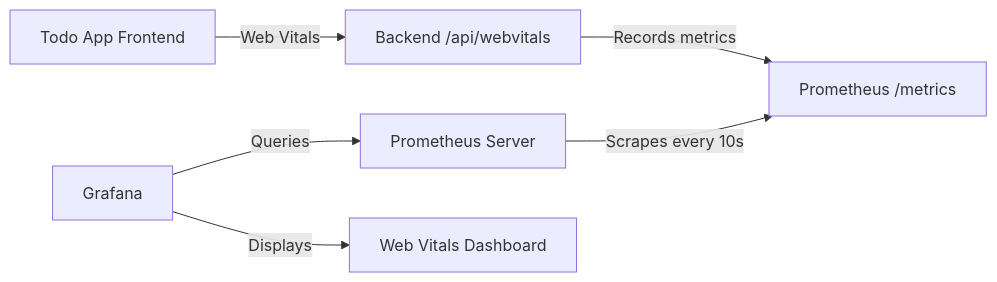
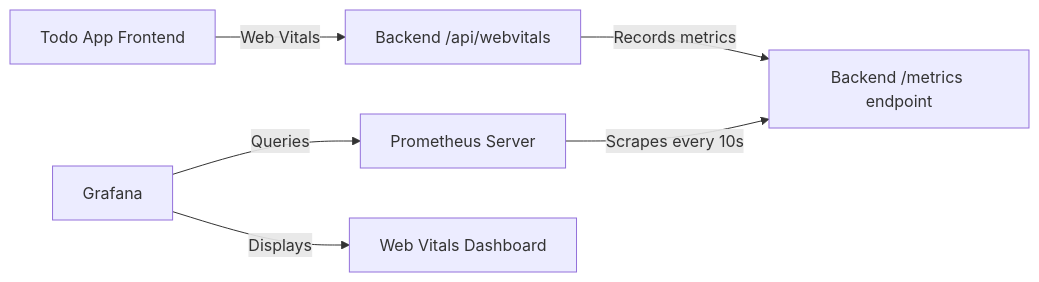
One commit to frank-liu/todo-app changed the diagram in MONITORING.md. Above: the diagram before and after it, drawn with Mermaid.

Commit message:
fix: update diagram to clarify backend metrics endpoint in monitoring documentation

````diff
--- a/MONITORING.md
+++ b/MONITORING.md
@@ -36,8 +36,8 @@
 ```mermaid
 graph LR
     A[Todo App Frontend] -->|Web Vitals| B[Backend /api/webvitals]
-    B -->|Records metrics| C[Prometheus /metrics]
+    B -->|Records metrics| C[Backend /metrics endpoint]
     D[Prometheus Server] -->|Scrapes every 10s| C
     E[Grafana] -->|Queries| D
     E -->|Displays| F[Web Vitals Dashboard]
 ```
````
